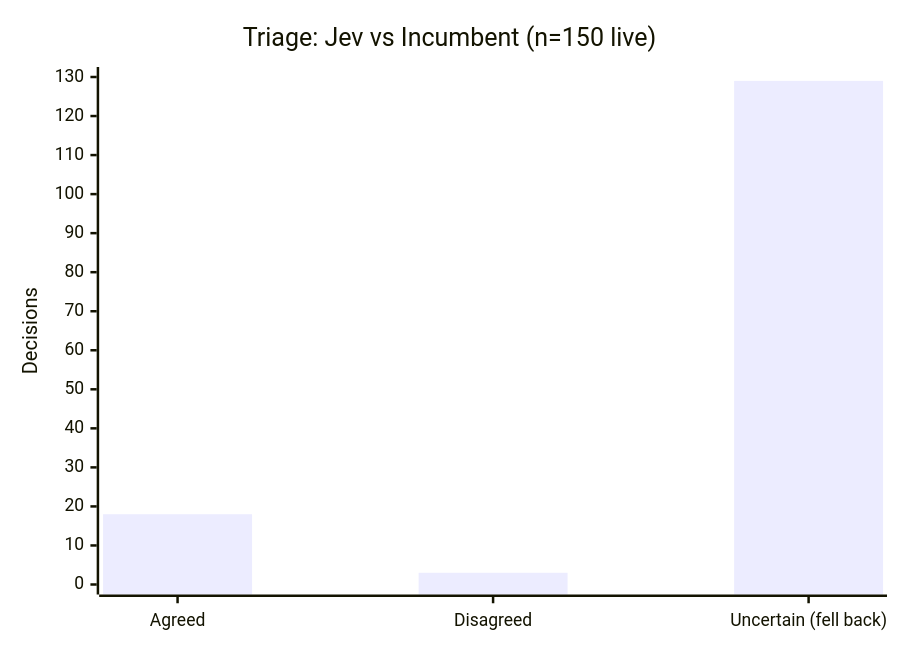
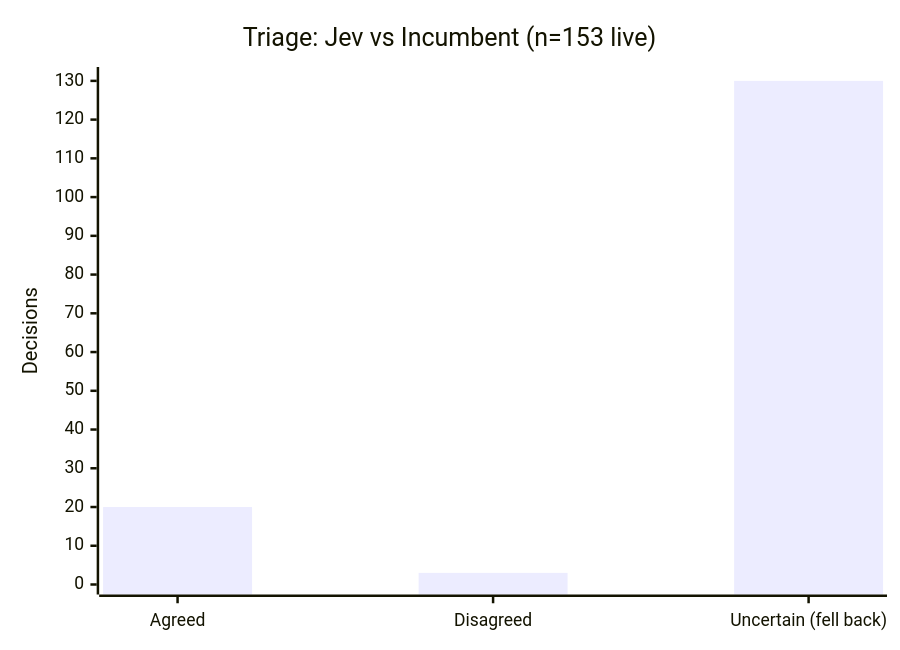
Before and after one commit to Sanctum-Origo-Systems/patina: the first of 4 diagrams in JEV.md, drawn with Mermaid. The commit also changed other lines of this file, not shown here.

Commit message:
chore: update jev report (2026-11-20) (#704)

````diff
--- a/JEV.md
+++ b/JEV.md
@@ -9,7 +9,7 @@
 ```mermaid
 xychart-beta
-    title "Triage: Jev vs Incumbent (n=150 live)"
+    title "Triage: Jev vs Incumbent (n=153 live)"
     x-axis ["Agreed", "Disagreed", "Uncertain (fell back)"]
-    y-axis "Decisions" 0 --> 130
-    bar [18, 3, 129]
+    y-axis "Decisions" 0 --> 131
+    bar [20, 3, 130]
 ```
````
